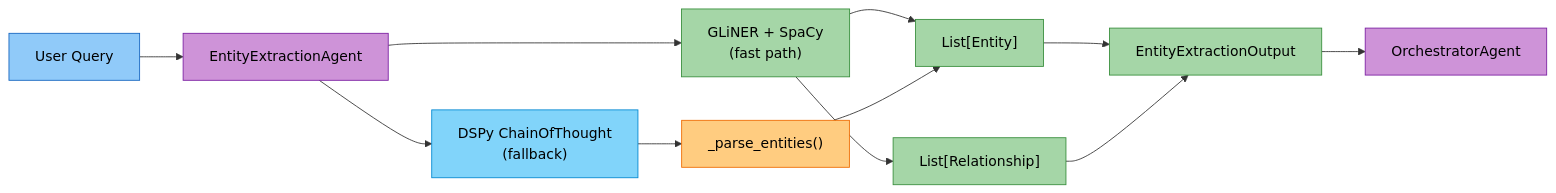
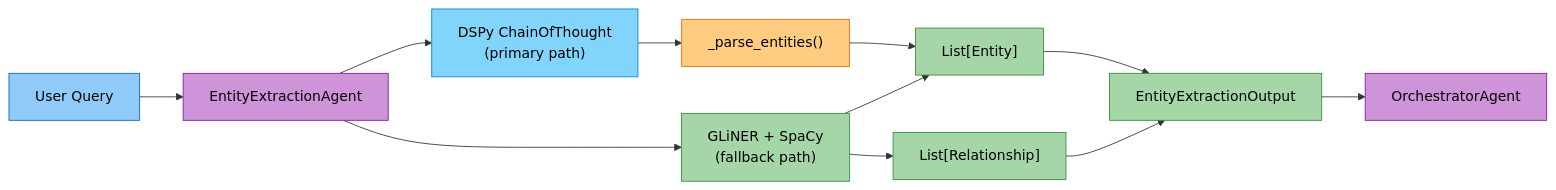
The fifth of 18 diagrams in docs/modules/agents.md (amit-jain/cogniverse), drawn with Mermaid before and after one commit. The commit also changed other lines of this file and 14 other files, not shown here.

Commit message:
Implement DSPy-first entity extraction

````diff
--- a/docs/modules/agents.md
+++ b/docs/modules/agents.md
@@ -975,27 +976,27 @@
 ```mermaid
 flowchart LR
     Query["<span style='color:#000'>User Query</span>"] --> EntityAgent["<span style='color:#000'>EntityExtractionAgent</span>"]
 
-    EntityAgent --> FastPath["<span style='color:#000'>GLiNER + SpaCy<br/>(fast path)</span>"]
-    EntityAgent --> DSPy["<span style='color:#000'>DSPy ChainOfThought<br/>(fallback)</span>"]
+    EntityAgent --> DSPy["<span style='color:#000'>DSPy ChainOfThought<br/>(primary path)</span>"]
+    EntityAgent --> FastPath["<span style='color:#000'>GLiNER + SpaCy<br/>(fallback path)</span>"]
 
     FastPath --> Entities["<span style='color:#000'>List[Entity]</span>"]
     FastPath --> Rels["<span style='color:#000'>List[Relationship]</span>"]
     DSPy --> ParseEntities["<span style='color:#000'>_parse_entities()</span>"]
     ParseEntities --> Entities
 
     Entities --> Output["<span style='color:#000'>EntityExtractionOutput</span>"]
     Rels --> Output
 
     Output --> Orchestrator["<span style='color:#000'>OrchestratorAgent</span>"]
 
     style Query fill:#90caf9,stroke:#1565c0,color:#000
     style EntityAgent fill:#ce93d8,stroke:#7b1fa2,color:#000
     style FastPath fill:#a5d6a7,stroke:#388e3c,color:#000
     style DSPy fill:#81d4fa,stroke:#0288d1,color:#000
     style ParseEntities fill:#ffcc80,stroke:#ef6c00,color:#000
     style Entities fill:#a5d6a7,stroke:#388e3c,color:#000
     style Rels fill:#a5d6a7,stroke:#388e3c,color:#000
     style Output fill:#a5d6a7,stroke:#388e3c,color:#000
     style Orchestrator fill:#ce93d8,stroke:#7b1fa2,color:#000
 ```
````
